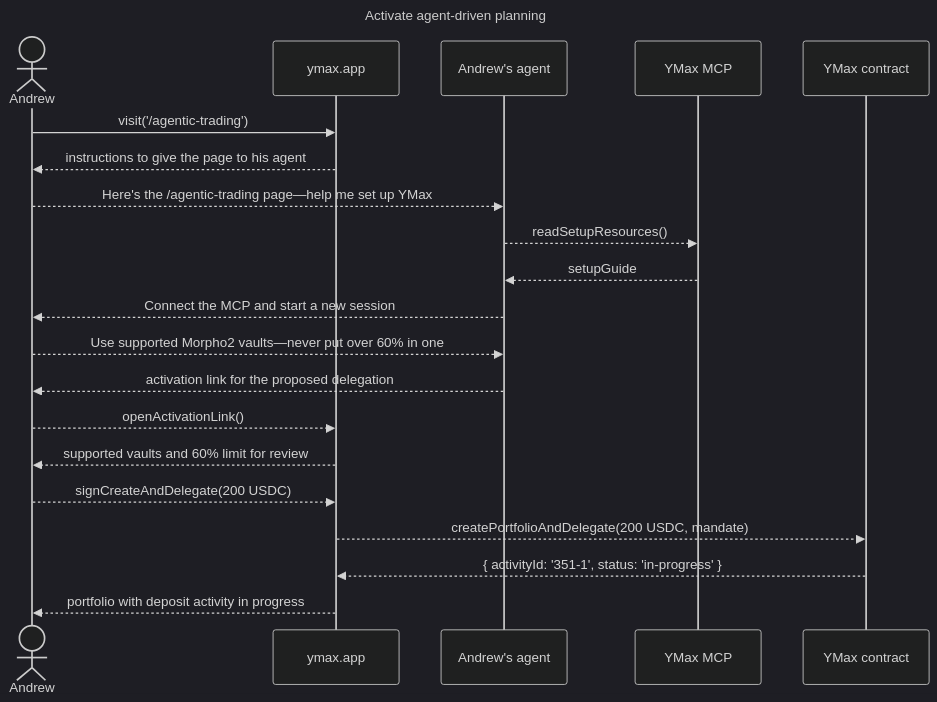
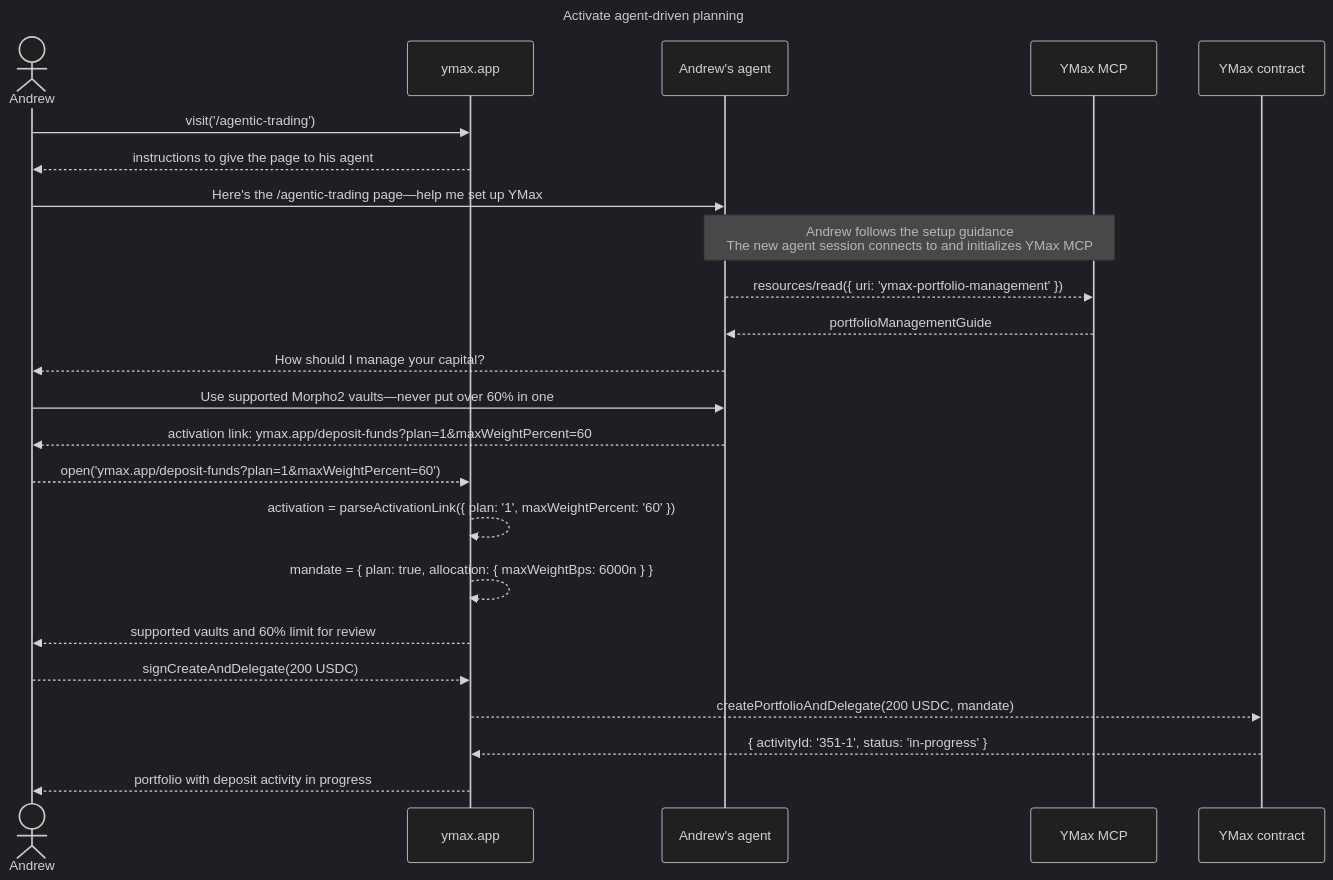
One commit to Agoric/agoric-sdk changed the first of 3 diagrams in packages/portfolio-contract/docs-design/agentic-planning.md. Above: the diagram before and after it, drawn with Mermaid (dark theme). The commit also changed other lines of this file and 1 other file, not shown here.

Commit message:
test(portfolio): simulate agent planning activation

````diff
--- a/packages/portfolio-contract/docs-design/agentic-planning.md
+++ b/packages/portfolio-contract/docs-design/agentic-planning.md
@@ -23,27 +26,30 @@
 ```mermaid
 sequenceDiagram
   title Activate agent-driven planning
 
   %% Software calls use method(args); replies use results; human labels use prose
 
   actor U as Andrew
   participant UI as ymax.app
   participant A as Andrew's agent
   participant MCP as YMax MCP
   participant C as YMax contract
 
   U->>UI: visit('/agentic-trading')
   UI-->>U: instructions to give the page to his agent
-  U-->>A: Here's the /agentic-trading page—help me set up YMax
-  A-->>MCP: readSetupResources()
-  MCP-->>A: setupGuide
-  A-->>U: Connect the MCP and start a new session
-  U-->>A: Use supported Morpho2 vaults—never put over 60% in one
-  A-->>U: activation link for the proposed delegation
-  U-->>UI: openActivationLink()
+  U->>A: Here's the /agentic-trading page—help me set up YMax
+  Note over A,MCP: Andrew follows the setup guidance<br/>The new agent session connects to and initializes YMax MCP
+  A-->>MCP: resources/read({ uri: 'ymax-portfolio-management' })
+  MCP-->>A: portfolioManagementGuide
+  A-->>U: How should I manage your capital?
+  U->>A: Use supported Morpho2 vaults—never put over 60% in one
+  A-->>U: activation link: ymax.app/deposit-funds?plan=1&maxWeightPercent=60
+  U-->>UI: open('ymax.app/deposit-funds?plan=1&maxWeightPercent=60')
+  UI-->>UI: activation = parseActivationLink({ plan: '1', maxWeightPercent: '60' })
+  UI-->>UI: mandate = { plan: true, allocation: { maxWeightBps: 6000n } }
   UI-->>U: supported vaults and 60% limit for review
   U-->>UI: signCreateAndDelegate(200 USDC)
   UI-->>C: createPortfolioAndDelegate(200 USDC, mandate)
   C-->>UI: { activityId: '351-1', status: 'in-progress' }
   UI-->>U: portfolio with deposit activity in progress
 ```
````
